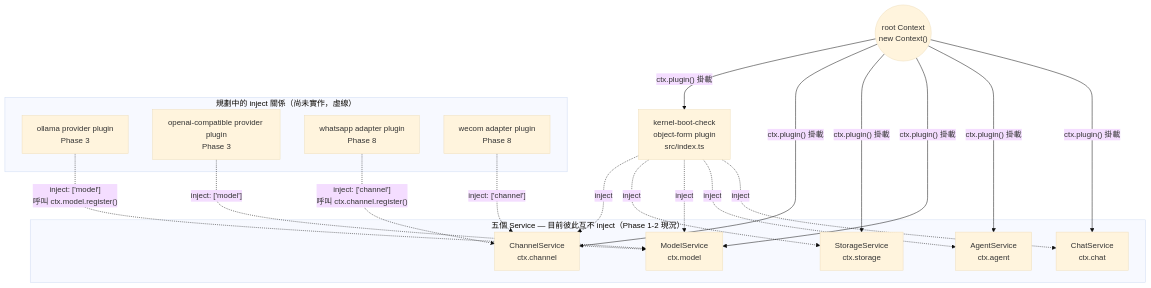
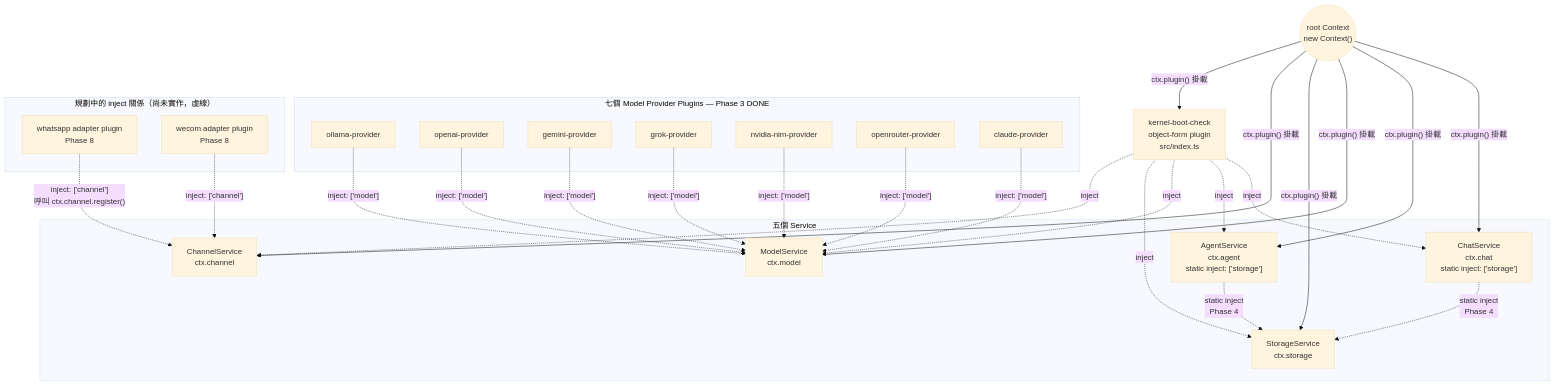
One commit to mangreen/ai-hub changed the diagram in docs/architecture/cordis-dependency-graph.md. Above: the diagram before and after it, drawn with Mermaid (base theme). The commit also changed other lines of this file and 16 other files, not shown here.

First line of the commit message:
feat(storage): SQLite persistence via node:sqlite — Chat/Agent now durable

````diff
--- a/docs/architecture/cordis-dependency-graph.md
+++ b/docs/architecture/cordis-dependency-graph.md
@@ -15,39 +14,56 @@
 ```mermaid
 flowchart TD
     root(("root Context<br/>new Context()"))
 
-    subgraph Services["五個 Service — 目前彼此互不 inject（Phase 1-2 現況）"]
-        chat["ChatService<br/>ctx.chat"]
-        agent["AgentService<br/>ctx.agent"]
+    subgraph Services["五個 Service"]
+        chat["ChatService<br/>ctx.chat<br/>static inject: ['storage']"]
+        agentSvc["AgentService<br/>ctx.agent<br/>static inject: ['storage']"]
         model["ModelService<br/>ctx.model"]
         storage["StorageService<br/>ctx.storage"]
         channel["ChannelService<br/>ctx.channel"]
     end
 
     bootcheck["kernel-boot-check<br/>object-form plugin<br/>src/index.ts"]
 
     root -->|"ctx.plugin() 掛載"| chat
-    root -->|"ctx.plugin() 掛載"| agent
+    root -->|"ctx.plugin() 掛載"| agentSvc
     root -->|"ctx.plugin() 掛載"| model
     root -->|"ctx.plugin() 掛載"| storage
     root -->|"ctx.plugin() 掛載"| channel
     root -->|"ctx.plugin() 掛載"| bootcheck
 
+    chat -.->|"static inject<br/>Phase 4"| storage
+    agentSvc -.->|"static inject<br/>Phase 4"| storage
+
     bootcheck -.->|"inject"| chat
-    bootcheck -.->|"inject"| agent
+    bootcheck -.->|"inject"| agentSvc
     bootcheck -.->|"inject"| model
     bootcheck -.->|"inject"| storage
     bootcheck -.->|"inject"| channel
 
+    subgraph ModelProviders["七個 Model Provider Plugins — Phase 3 DONE"]
+        ollamaP["ollama-provider"]
+        openaiP["openai-provider"]
+        geminiP["gemini-provider"]
+        grokP["grok-provider"]
+        nvidiaP["nvidia-nim-provider"]
+        openrouterP["openrouter-provider"]
+        claudeP["claude-provider"]
+    end
+
+    ollamaP -.->|"inject: ['model']"| model
+    openaiP -.->|"inject: ['model']"| model
+    geminiP -.->|"inject: ['model']"| model
+    grokP -.->|"inject: ['model']"| model
+    nvidiaP -.->|"inject: ['model']"| model
+    openrouterP -.->|"inject: ['model']"| model
+    claudeP -.->|"inject: ['model']"| model
+
     subgraph Future["規劃中的 inject 關係（尚未實作，虛線）"]
-        ollamaP["ollama provider plugin<br/>Phase 3"]
-        openaiP["openai-compatible provider plugin<br/>Phase 3"]
         whatsappP["whatsapp adapter plugin<br/>Phase 8"]
         wecomP["wecom adapter plugin<br/>Phase 8"]
     end
 
-    ollamaP -.->|"inject: ['model']<br/>呼叫 ctx.model.register()"| model
-    openaiP -.->|"inject: ['model']"| model
     whatsappP -.->|"inject: ['channel']<br/>呼叫 ctx.channel.register()"| channel
     wecomP -.->|"inject: ['channel']"| channel
 ```
````
